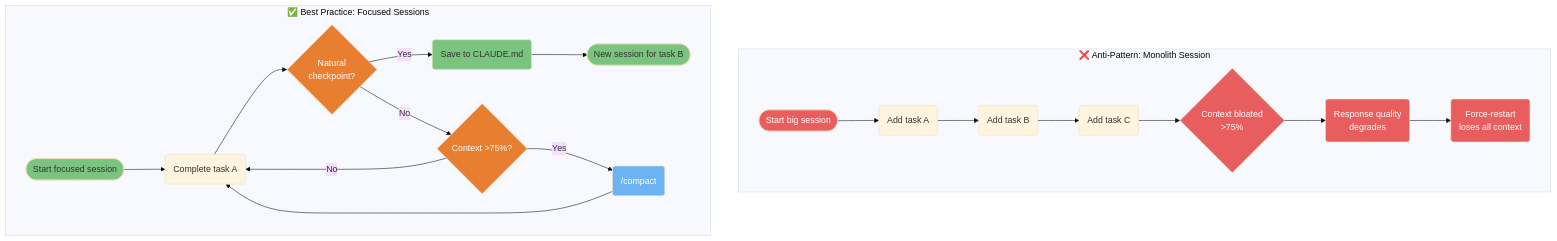
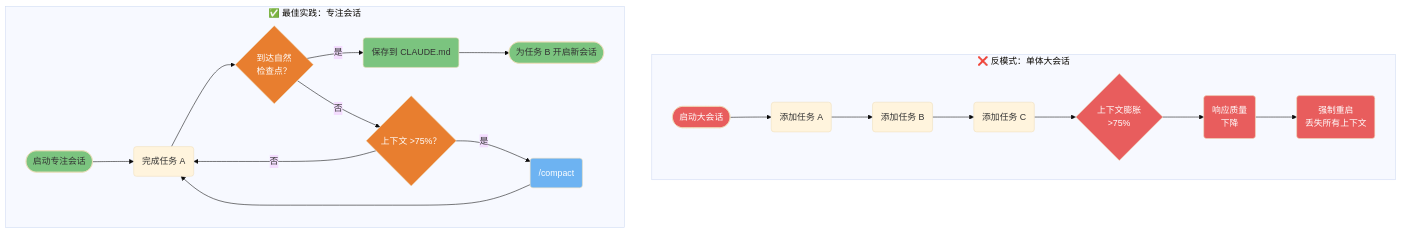
One commit to lawrencewzen/aispark-wiki changed the fourth of 4 diagrams in claude-code/diagrams/02-context-and-sessions.md. Above: the diagram before and after it, drawn with Mermaid (base theme). The commit also changed other lines of this file and 82 other files, not shown here.

First line of the commit message:
feat: 完成 claude-code/ 目录全量中文翻译

````diff
--- a/claude-code/diagrams/02-context-and-sessions.md
+++ b/claude-code/diagrams/02-context-and-sessions.md
@@ -213,47 +213,47 @@
 ```mermaid
 flowchart TD
-    subgraph BAD["❌ Anti-Pattern: Monolith Session"]
-        B1([Start big session]) --> B2(Add task A)
-        B2 --> B3(Add task B)
-        B3 --> B4(Add task C)
-        B4 --> B5{Context bloated<br/>>75%}
-        B5 --> B6(Response quality<br/>degrades)
-        B6 --> B7(Force-restart<br/>loses all context)
+    subgraph BAD["❌ 反模式：单体大会话"]
+        B1([启动大会话]) --> B2(添加任务 A)
+        B2 --> B3(添加任务 B)
+        B3 --> B4(添加任务 C)
+        B4 --> B5{上下文膨胀<br/>>75%}
+        B5 --> B6(响应质量<br/>下降)
+        B6 --> B7(强制重启<br/>丢失所有上下文)
         style B1 fill:#E85D5D,color:#fff
         style B5 fill:#E85D5D,color:#fff
         style B6 fill:#E85D5D,color:#fff
         style B7 fill:#E85D5D,color:#fff
     end
 
-    subgraph GOOD["✅ Best Practice: Focused Sessions"]
-        G1([Start focused session]) --> G2(Complete task A)
-        G2 --> G3{Natural<br/>checkpoint?}
-        G3 -->|Yes| G4(Save to CLAUDE.md)
-        G4 --> G5([New session for task B])
-        G3 -->|No| G6{Context >75%?}
-        G6 -->|Yes| G7(/compact)
+    subgraph GOOD["✅ 最佳实践：专注会话"]
+        G1([启动专注会话]) --> G2(完成任务 A)
+        G2 --> G3{到达自然<br/>检查点？}
+        G3 -->|是| G4(保存到 CLAUDE.md)
+        G4 --> G5([为任务 B 开启新会话])
+        G3 -->|否| G6{上下文 >75%？}
+        G6 -->|是| G7(/compact)
         G7 --> G2
-        G6 -->|No| G2
+        G6 -->|否| G2
         style G1 fill:#7BC47F,color:#333
         style G4 fill:#7BC47F,color:#333
         style G5 fill:#7BC47F,color:#333
         style G3 fill:#E87E2F,color:#fff
         style G6 fill:#E87E2F,color:#fff
         style G7 fill:#6DB3F2,color:#fff
     end
 
-    click B1 href "https://github.com/claude-code-ultimate-guide/claude-code-ultimate-guide/blob/main/guide/ultimate-guide.md#22-context-management" "Anti-Pattern: Monolith Session"
-    click B2 href "https://github.com/claude-code-ultimate-guide/claude-code-ultimate-guide/blob/main/guide/ultimate-guide.md#22-context-management" "Add task A"
-    click B3 href "https://github.com/claude-code-ultimate-guide/claude-code-ultimate-guide/blob/main/guide/ultimate-guide.md#22-context-management" "Add task B"
-    click B4 href "https://github.com/claude-code-ultimate-guide/claude-code-ultimate-guide/blob/main/guide/ultimate-guide.md#22-context-management" "Add task C"
-    click B5 href "https://github.com/claude-code-ultimate-guide/claude-code-ultimate-guide/blob/main/guide/ultimate-guide.md#22-context-management" "Context bloated >75%"
-    click B6 href "https://github.com/claude-code-ultimate-guide/claude-code-ultimate-guide/blob/main/guide/ultimate-guide.md#22-context-management" "Response quality degrades"
-    click B7 href "https://github.com/claude-code-ultimate-guide/claude-code-ultimate-guide/blob/main/guide/ultimate-guide.md#22-context-management" "Force-restart — loses context"
-    click G1 href "https://github.com/claude-code-ultimate-guide/claude-code-ultimate-guide/blob/main/guide/ultimate-guide.md#22-context-management" "Best Practice: Focused Sessions"
-    click G2 href "https://github.com/claude-code-ultimate-guide/claude-code-ultimate-guide/blob/main/guide/ultimate-guide.md#22-context-management" "Complete task A"
-    click G3 href "https://github.com/claude-code-ultimate-guide/claude-code-ultimate-guide/blob/main/guide/ultimate-guide.md#22-context-management" "Natural checkpoint?"
-    click G4 href "https://github.com/claude-code-ultimate-guide/claude-code-ultimate-guide/blob/main/guide/ultimate-guide.md#31-memory-files-claudemd" "Save to CLAUDE.md"
-    click G5 href "https://github.com/claude-code-ultimate-guide/claude-code-ultimate-guide/blob/main/guide/ultimate-guide.md#22-context-management" "New session for task B"
-    click G6 href "https://github.com/claude-code-ultimate-guide/claude-code-ultimate-guide/blob/main/guide/ultimate-guide.md#22-context-management" "Context >75%?"
+    click B1 href "https://github.com/claude-code-ultimate-guide/claude-code-ultimate-guide/blob/main/guide/ultimate-guide.md#22-context-management" "反模式：单体大会话"
+    click B2 href "https://github.com/claude-code-ultimate-guide/claude-code-ultimate-guide/blob/main/guide/ultimate-guide.md#22-context-management" "添加任务 A"
+    click B3 href "https://github.com/claude-code-ultimate-guide/claude-code-ultimate-guide/blob/main/guide/ultimate-guide.md#22-context-management" "添加任务 B"
+    click B4 href "https://github.com/claude-code-ultimate-guide/claude-code-ultimate-guide/blob/main/guide/ultimate-guide.md#22-context-management" "添加任务 C"
+    click B5 href "https://github.com/claude-code-ultimate-guide/claude-code-ultimate-guide/blob/main/guide/ultimate-guide.md#22-context-management" "上下文膨胀 >75%"
+    click B6 href "https://github.com/claude-code-ultimate-guide/claude-code-ultimate-guide/blob/main/guide/ultimate-guide.md#22-context-management" "响应质量下降"
+    click B7 href "https://github.com/claude-code-ultimate-guide/claude-code-ultimate-guide/blob/main/guide/ultimate-guide.md#22-context-management" "强制重启 — 丢失上下文"
+    click G1 href "https://github.com/claude-code-ultimate-guide/claude-code-ultimate-guide/blob/main/guide/ultimate-guide.md#22-context-management" "最佳实践：专注会话"
+    click G2 href "https://github.com/claude-code-ultimate-guide/claude-code-ultimate-guide/blob/main/guide/ultimate-guide.md#22-context-management" "完成任务 A"
+    click G3 href "https://github.com/claude-code-ultimate-guide/claude-code-ultimate-guide/blob/main/guide/ultimate-guide.md#22-context-management" "到达自然检查点？"
+    click G4 href "https://github.com/claude-code-ultimate-guide/claude-code-ultimate-guide/blob/main/guide/ultimate-guide.md#31-memory-files-claudemd" "保存到 CLAUDE.md"
+    click G5 href "https://github.com/claude-code-ultimate-guide/claude-code-ultimate-guide/blob/main/guide/ultimate-guide.md#22-context-management" "为任务 B 开启新会话"
+    click G6 href "https://github.com/claude-code-ultimate-guide/claude-code-ultimate-guide/blob/main/guide/ultimate-guide.md#22-context-management" "上下文 >75%？"
     click G7 href "https://github.com/claude-code-ultimate-guide/claude-code-ultimate-guide/blob/main/guide/ultimate-guide.md#22-context-management" "/compact"
 ```
````
